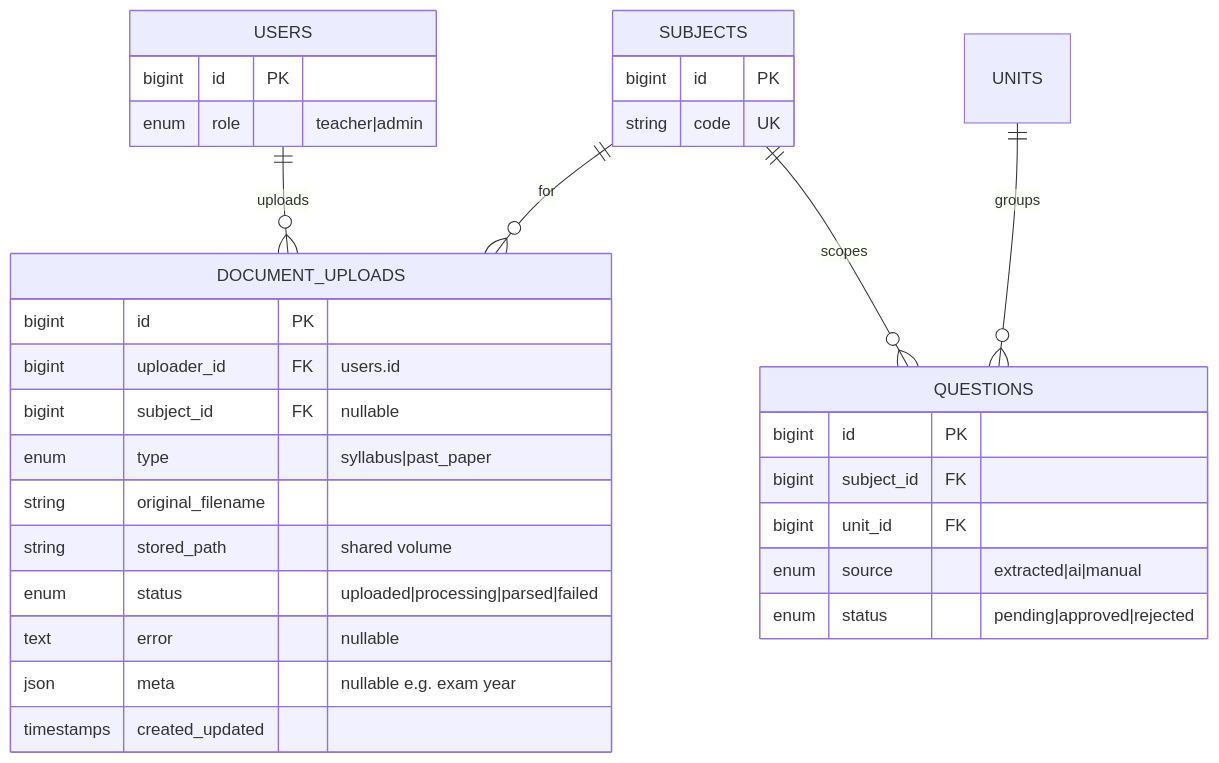
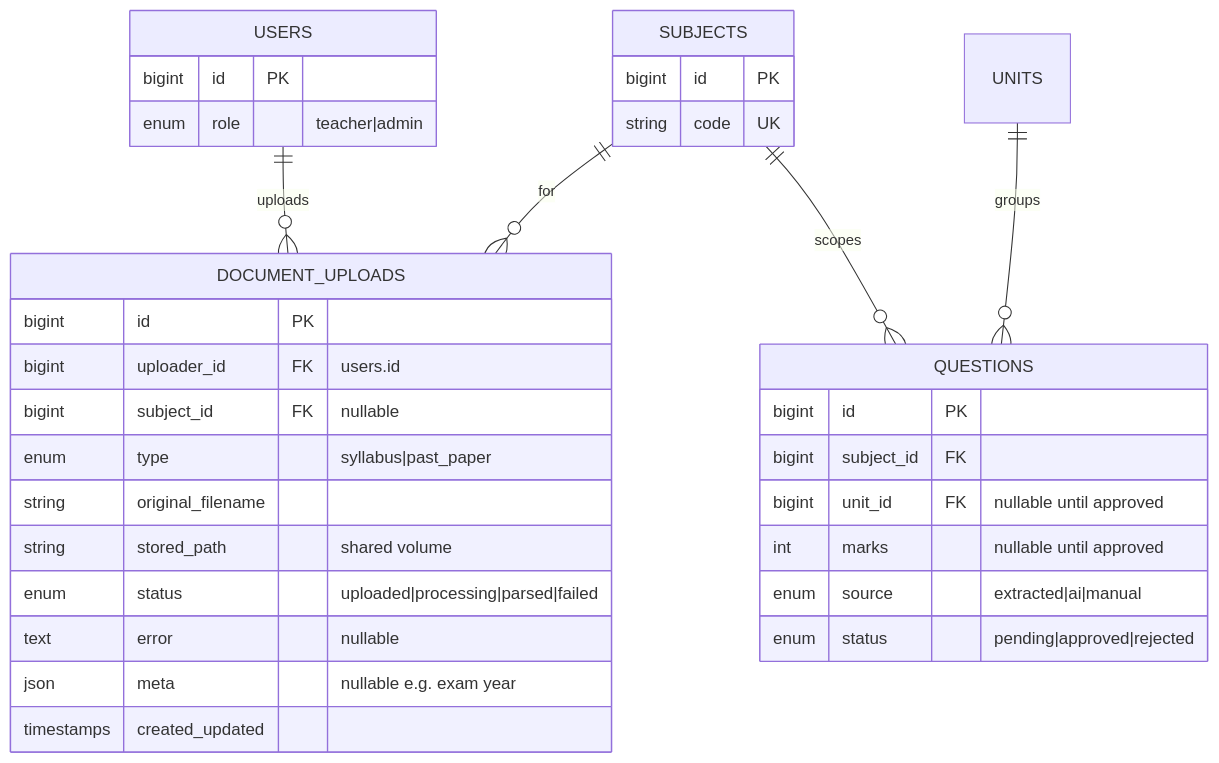
The sixth of 8 diagrams in docs/MILESTONES.md (rohitshakyaa/Q-Forge), drawn with Mermaid before and after one commit. The commit also changed other lines of this file and 56 other files, not shown here.

````diff
--- a/docs/MILESTONES.md
+++ b/docs/MILESTONES.md
@@ -484,35 +487,36 @@
 ```mermaid
 erDiagram
     USERS ||--o{ DOCUMENT_UPLOADS : uploads
     SUBJECTS ||--o{ DOCUMENT_UPLOADS : "for"
     SUBJECTS ||--o{ QUESTIONS : "scopes"
     UNITS ||--o{ QUESTIONS : "groups"
 
     USERS {
         bigint id PK
         enum role "teacher|admin"
     }
     SUBJECTS {
         bigint id PK
         string code UK
     }
     QUESTIONS {
         bigint id PK
         bigint subject_id FK
-        bigint unit_id FK
+        bigint unit_id FK "nullable until approved"
+        int marks "nullable until approved"
         enum source "extracted|ai|manual"
         enum status "pending|approved|rejected"
     }
     DOCUMENT_UPLOADS {
         bigint id PK
         bigint uploader_id FK "users.id"
         bigint subject_id FK "nullable"
         enum type "syllabus|past_paper"
         string original_filename
         string stored_path "shared volume"
         enum status "uploaded|processing|parsed|failed"
         text error "nullable"
         json meta "nullable e.g. exam year"
         timestamps created_updated
     }
 ```
````
